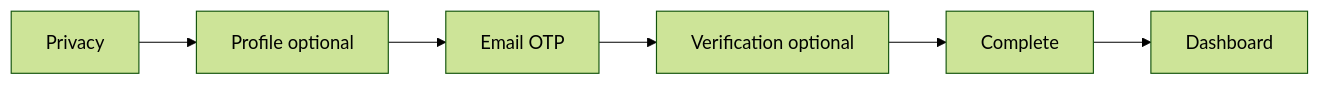
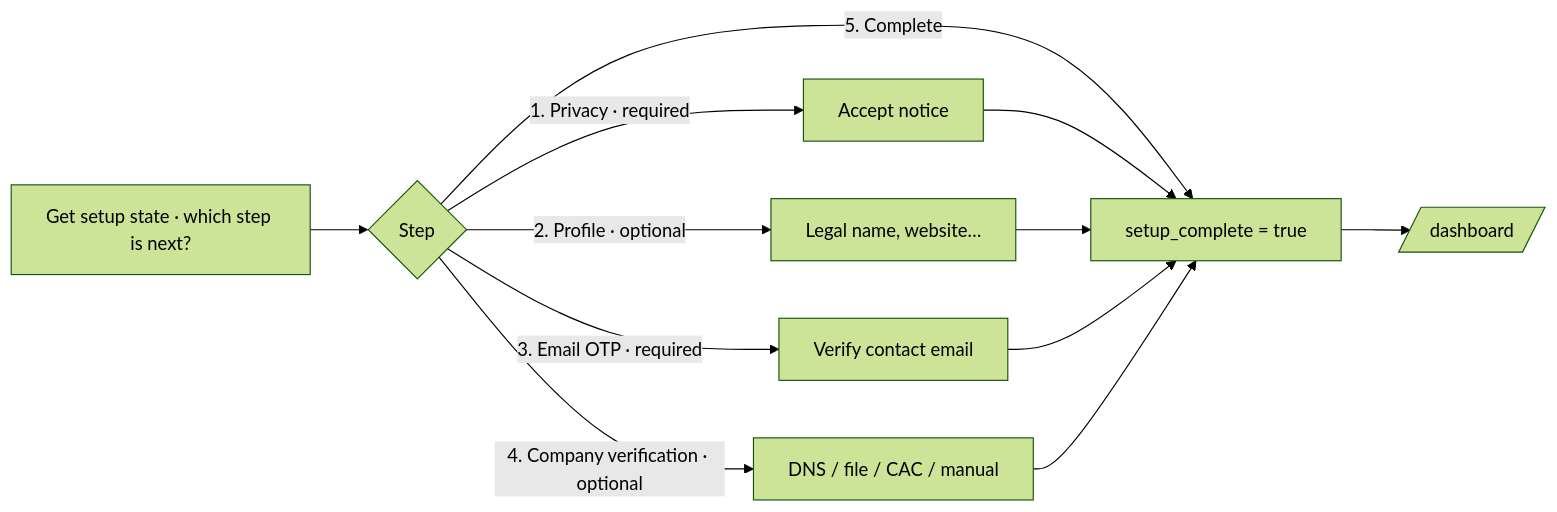
One commit to Phantom-Fort/Phantix-Frontend changed the diagram in docs/how-to/platform/02-complete-setup-wizard.md. Above: the diagram before and after it, drawn with Mermaid (forest theme). The commit also changed other lines of this file and 44 other files, not shown here.

````diff
--- a/docs/how-to/platform/02-complete-setup-wizard.md
+++ b/docs/how-to/platform/02-complete-setup-wizard.md
@@ -29,8 +12,11 @@
 ```mermaid
 flowchart LR
-  P[Privacy] --> Pr[Profile optional]
-  Pr --> E[Email OTP]
-  E --> V[Verification optional]
-  V --> C[Complete]
-  C --> D[Dashboard]
+  A[Get setup state · which step is next?] --> B{Step}
+  B -->|1. Privacy · required| C[Accept notice]
+  B -->|2. Profile · optional| D[Legal name, website…]
+  B -->|3. Email OTP · required| E[Verify contact email]
+  B -->|4. Company verification · optional| F[DNS / file / CAC / manual]
+  B -->|5. Complete| G[setup_complete = true]
+  C & D & E & F --> G
+  G --> H[/dashboard/]
 ```
````
